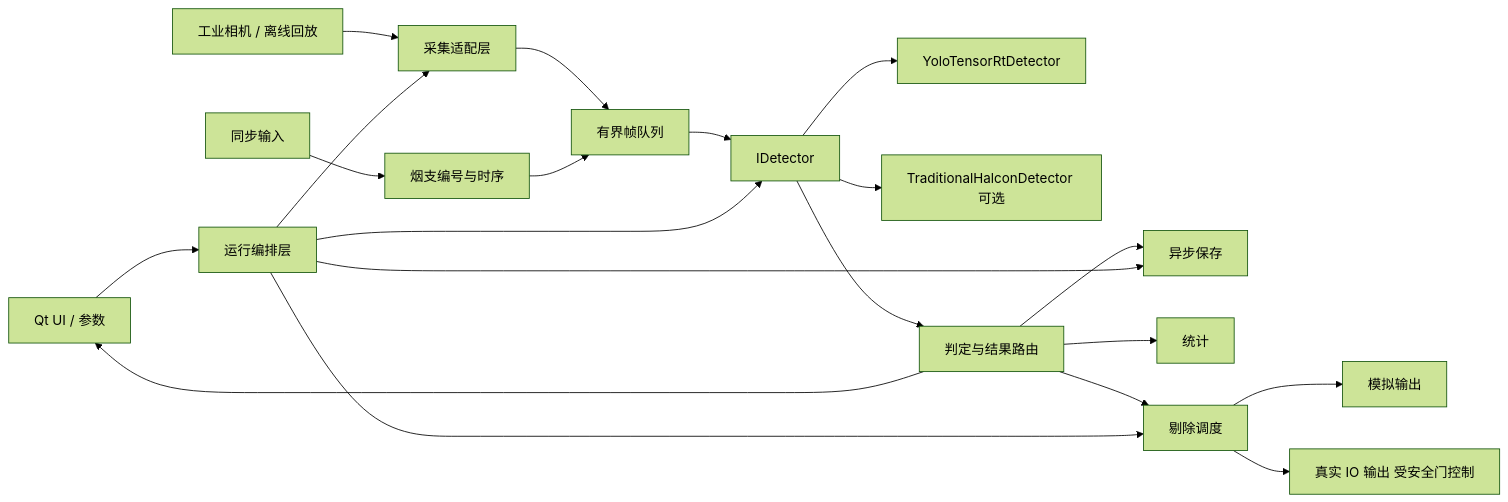
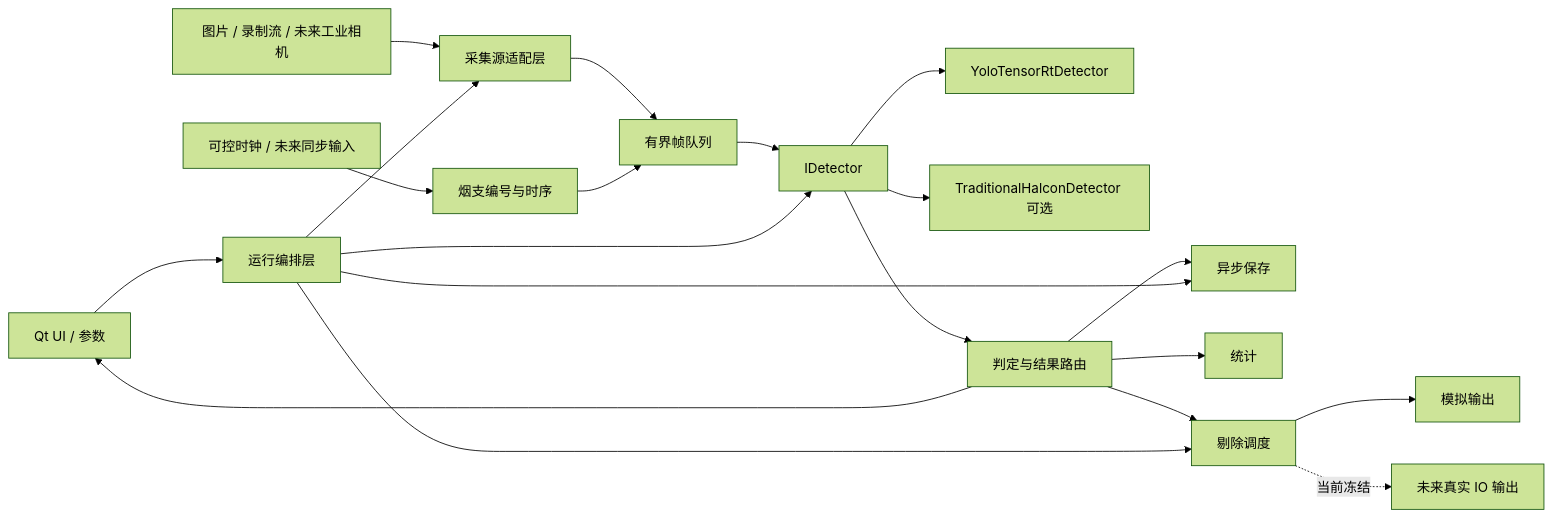
Before and after one commit to pow1035/cigarette-inspection: the diagram in docs/architecture.md, drawn with Mermaid (forest theme). The commit also changed other lines of this file and 38 other files, not shown here.

````diff
--- a/docs/architecture.md
+++ b/docs/architecture.md
@@ -5,22 +5,22 @@
 ```mermaid
 flowchart LR
     UI["Qt UI / 参数"] --> ORCH["运行编排层"]
-    CAM["工业相机 / 离线回放"] --> ACQ["采集适配层"]
-    IOIN["同步输入"] --> SYNC["烟支编号与时序"]
+    SRC["图片 / 录制流 / 未来工业相机"] --> ACQ["采集源适配层"]
+    CLOCK["可控时钟 / 未来同步输入"] --> SYNC["烟支编号与时序"]
     ACQ --> Q["有界帧队列"]
     SYNC --> Q
     Q --> DET["IDetector"]
     DET --> TRT["YoloTensorRtDetector"]
     DET --> HAL["TraditionalHalconDetector 可选"]
     DET --> RESULT["判定与结果路由"]
     RESULT --> UI
     RESULT --> SAVE["异步保存"]
     RESULT --> STAT["统计"]
     RESULT --> REJECT["剔除调度"]
     REJECT --> SIM["模拟输出"]
-    REJECT --> IOOUT["真实 IO 输出 受安全门控制"]
+    REJECT -. "当前冻结" .-> IOOUT["未来真实 IO 输出"]
     ORCH --> ACQ
     ORCH --> DET
     ORCH --> SAVE
     ORCH --> REJECT
 ```
````
